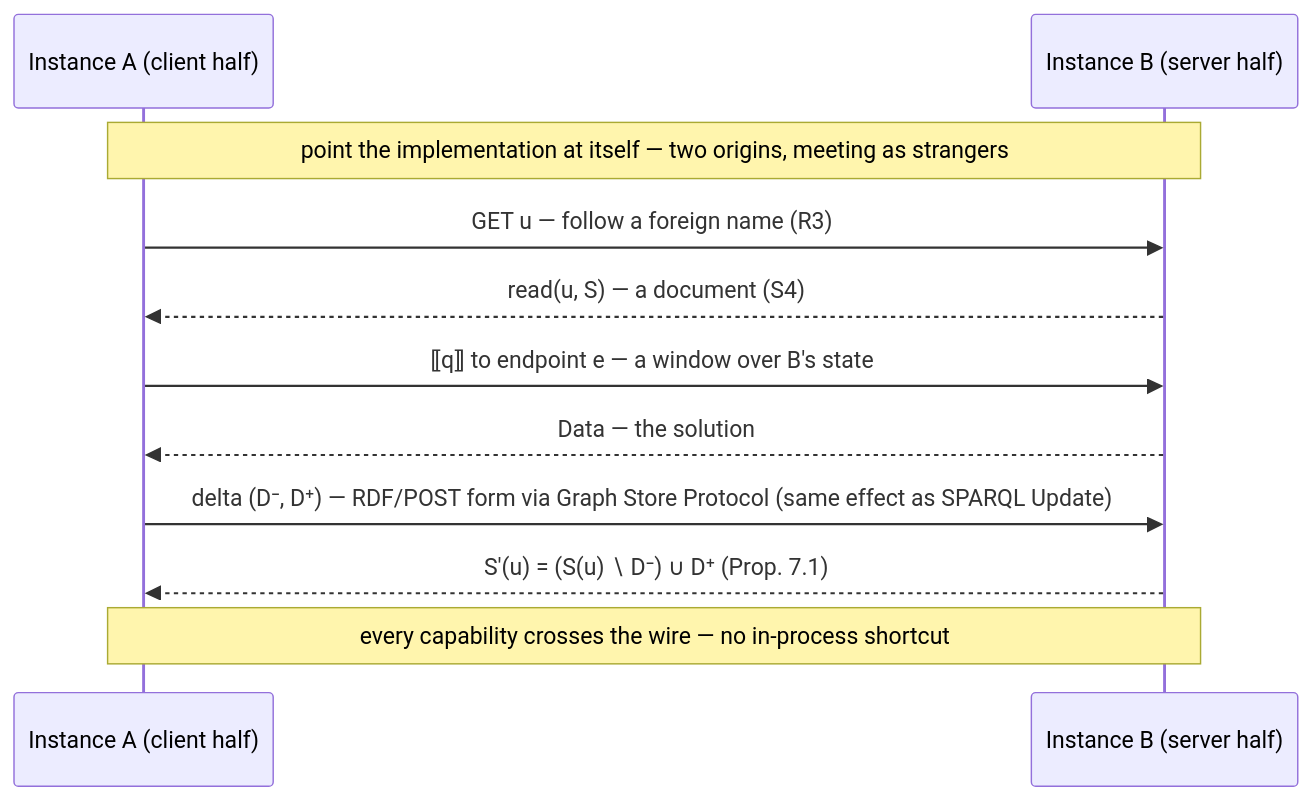
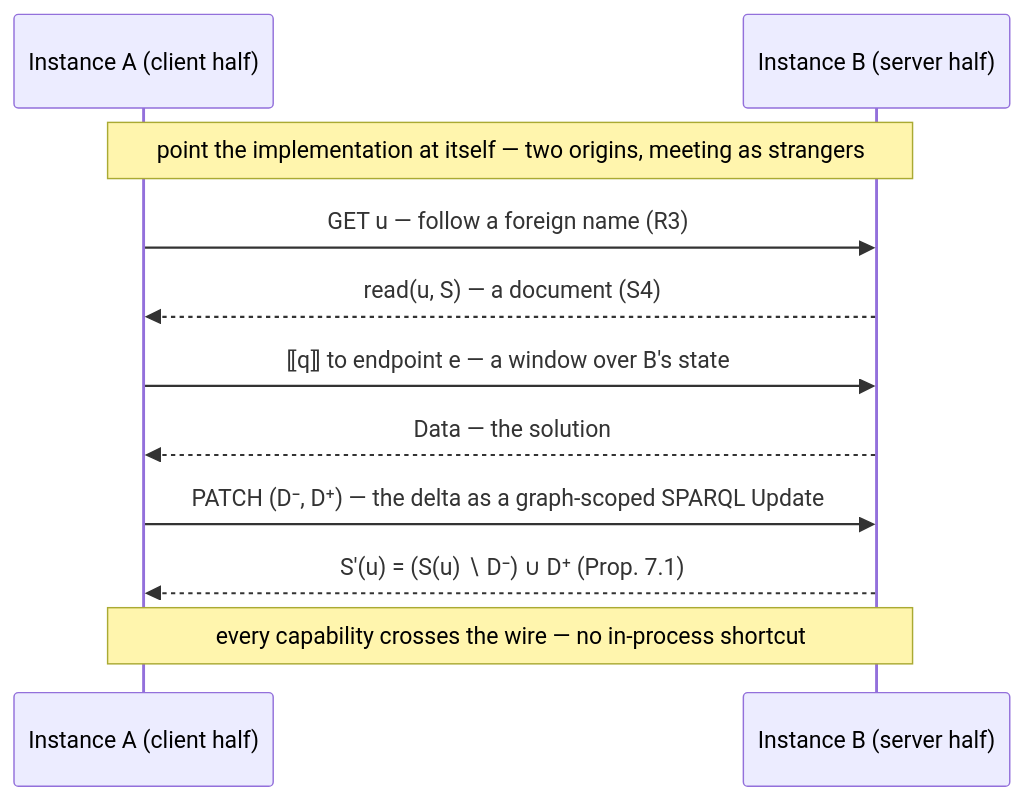
One commit to AtomGraph/First-Principles-of-the-Web changed diagram 11 of 11 in first-principles-of-the-web.md. Above: the diagram before and after it, drawn with Mermaid. The commit also changed other lines of this file, not shown here.

First line of the commit message:
Fix HTTP method semantics in Ch 17–18: PATCH carries the delta, not POST

````diff
--- a/first-principles-of-the-web.md
+++ b/first-principles-of-the-web.md
@@ -1181,13 +1198,13 @@
 ```mermaid
 sequenceDiagram
     participant A as Instance A (client half)
     participant B as Instance B (server half)
     Note over A,B: point the implementation at itself — two origins, meeting as strangers
     A->>B: GET u — follow a foreign name (R3)
     B-->>A: read(u, S) — a document (S4)
     A->>B: ⟦q⟧ to endpoint e — a window over B's state
     B-->>A: Data — the solution
-    A->>B: delta (D⁻, D⁺) — RDF/POST form via Graph Store Protocol (same effect as SPARQL Update)
+    A->>B: PATCH (D⁻, D⁺) — the delta as a graph-scoped SPARQL Update
     B-->>A: S′(u) = (S(u) ∖ D⁻) ∪ D⁺ (Prop. 7.1)
     Note over A,B: every capability crosses the wire — no in-process shortcut
 ```
````
